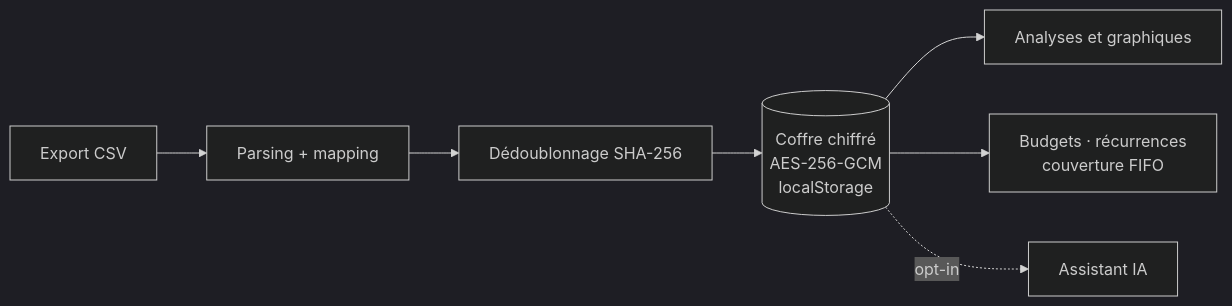
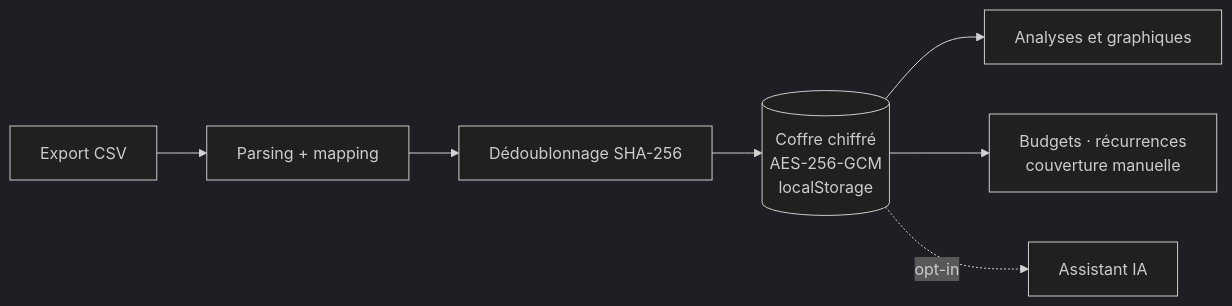
Before and after one commit to RedsTom/budget-analyzer: the diagram in README.md, drawn with Mermaid (dark theme). The commit also changed other lines of this file and 85 other files, not shown here.

First line of the commit message:
feat: finaliser la couverture manuelle, la PWA et l'assistant

````diff
--- a/README.md
+++ b/README.md
@@ -168,9 +213,9 @@
 ```mermaid
 flowchart LR
   A[Export CSV] --> B[Parsing + mapping]
   B --> C[Dédoublonnage SHA-256]
   C --> D[(Coffre chiffré<br/>AES-256-GCM<br/>localStorage)]
   D --> E[Analyses et graphiques]
-  D --> F[Budgets · récurrences<br/>couverture FIFO]
+  D --> F[Budgets · récurrences<br/>couverture manuelle]
   D -. opt-in .-> G[Assistant IA]
 ```
````
